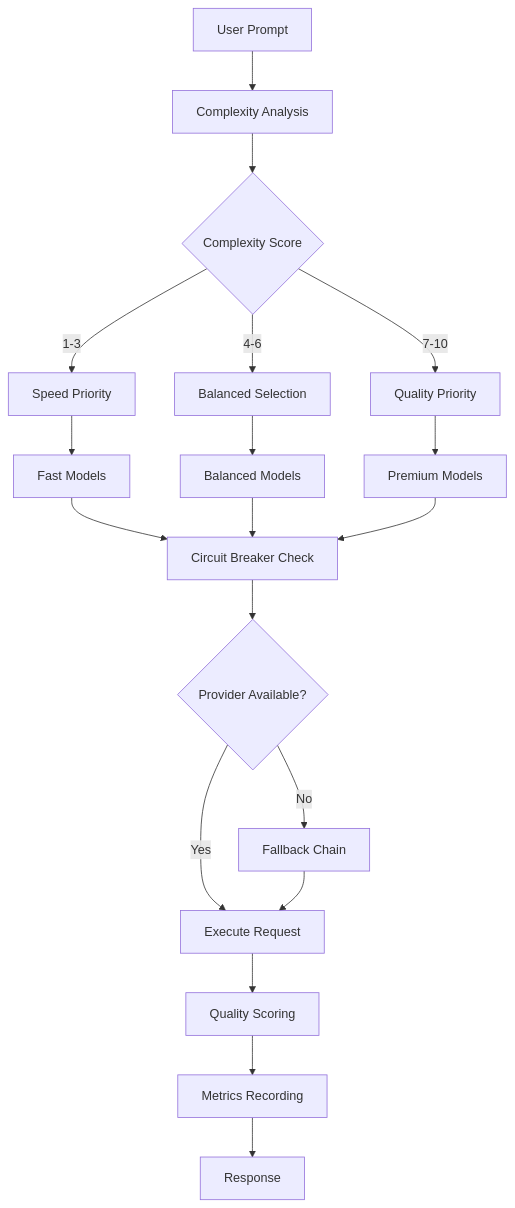
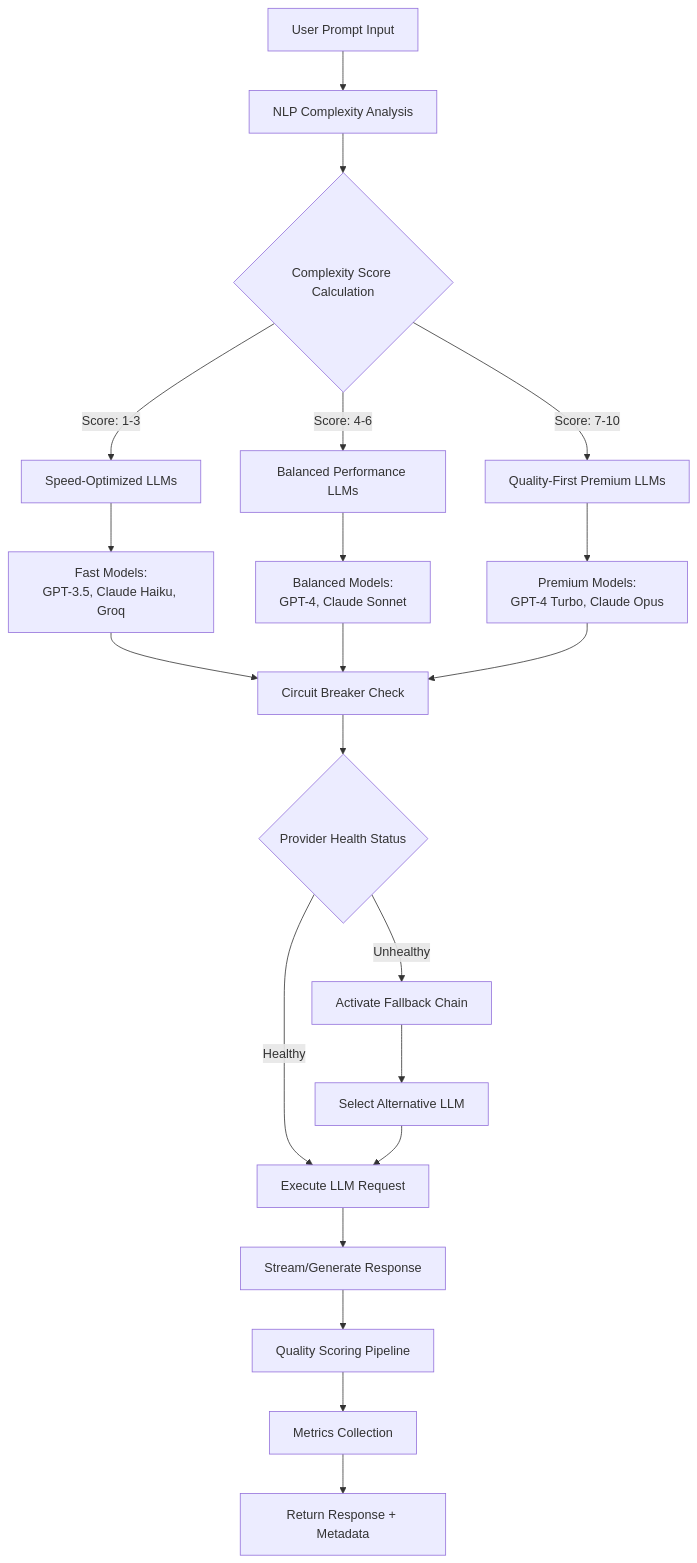
The diagram in README.md (JustVugg/llm-use), drawn with Mermaid before and after one commit. The commit also changed other lines of this file, not shown here.

````diff
--- a/README.md
+++ b/README.md
@@ -390,25 +448,27 @@
 ```mermaid
 graph TD
-    A[User Prompt] --> B[Complexity Analysis]
-    B --> C{Complexity Score}
-    C -->|1-3| D[Speed Priority]
-    C -->|4-6| E[Balanced Selection]
-    C -->|7-10| F[Quality Priority]
+    A[User Prompt Input] --> B[NLP Complexity Analysis]
+    B --> C{Complexity Score Calculation}
+    C -->|Score: 1-3| D[Speed-Optimized LLMs]
+    C -->|Score: 4-6| E[Balanced Performance LLMs]
+    C -->|Score: 7-10| F[Quality-First Premium LLMs]
     
-    D --> G[Fast Models]
-    E --> H[Balanced Models]
-    F --> I[Premium Models]
+    D --> G[Fast Models:<br/>GPT-3.5, Claude Haiku, Groq]
+    E --> H[Balanced Models:<br/>GPT-4, Claude Sonnet]
+    F --> I[Premium Models:<br/>GPT-4 Turbo, Claude Opus]
     
     G --> J[Circuit Breaker Check]
     H --> J
     I --> J
     
-    J --> K{Provider Available?}
-    K -->|Yes| L[Execute Request]
-    K -->|No| M[Fallback Chain]
-    M --> L
+    J --> K{Provider Health Status}
+    K -->|Healthy| L[Execute LLM Request]
+    K -->|Unhealthy| M[Activate Fallback Chain]
+    M --> N[Select Alternative LLM]
+    N --> L
     
-    L --> N[Quality Scoring]
-    N --> O[Metrics Recording]
-    O --> P[Response]
+    L --> O[Stream/Generate Response]
+    O --> P[Quality Scoring Pipeline]
+    P --> Q[Metrics Collection]
+    Q --> R[Return Response + Metadata]
 ```
````
